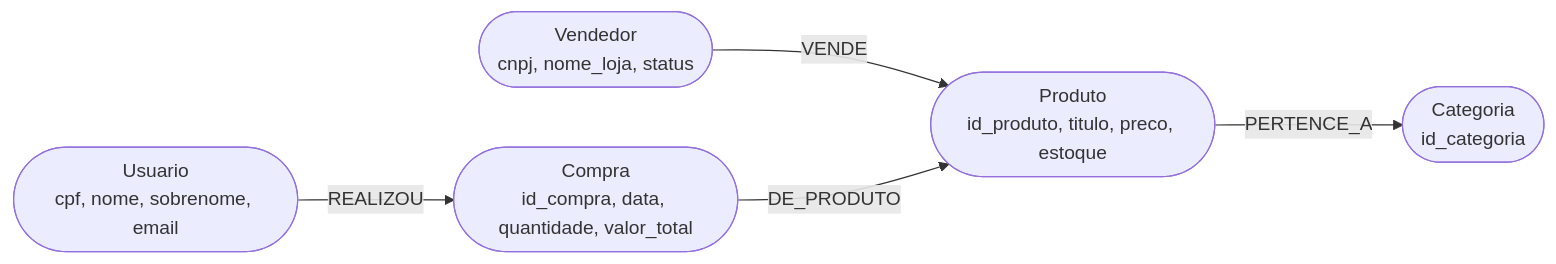
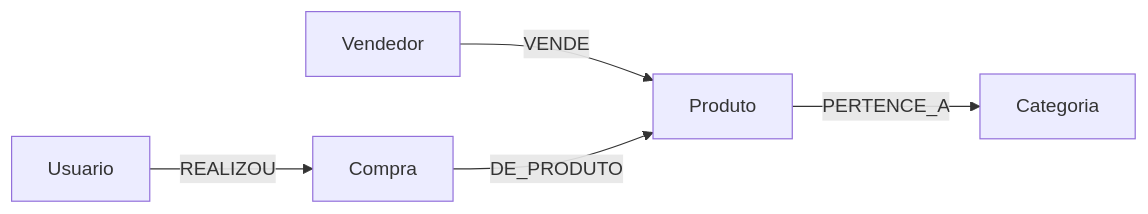
Before and after one commit to tirolasca/MercadoLivre: the second of 2 diagrams in README.md, drawn with Mermaid. The commit also changed other lines of this file, not shown here.

````diff
--- a/README.md
+++ b/README.md
@@ -291,7 +456,7 @@
 ```mermaid
 flowchart LR
-    V(["Vendedor<br/>cnpj, nome_loja, status"]) -- VENDE --> P(["Produto<br/>id_produto, titulo, preco, estoque"])
-    P -- PERTENCE_A --> C(["Categoria<br/>id_categoria"])
-    U(["Usuario<br/>cpf, nome, sobrenome, email"]) -- REALIZOU --> K(["Compra<br/>id_compra, data, quantidade, valor_total"])
-    K -- DE_PRODUTO --> P
+    V["Vendedor"] -->|VENDE| P["Produto"]
+    P -->|PERTENCE_A| C["Categoria"]
+    U["Usuario"] -->|REALIZOU| K["Compra"]
+    K -->|DE_PRODUTO| P
 ```
````
